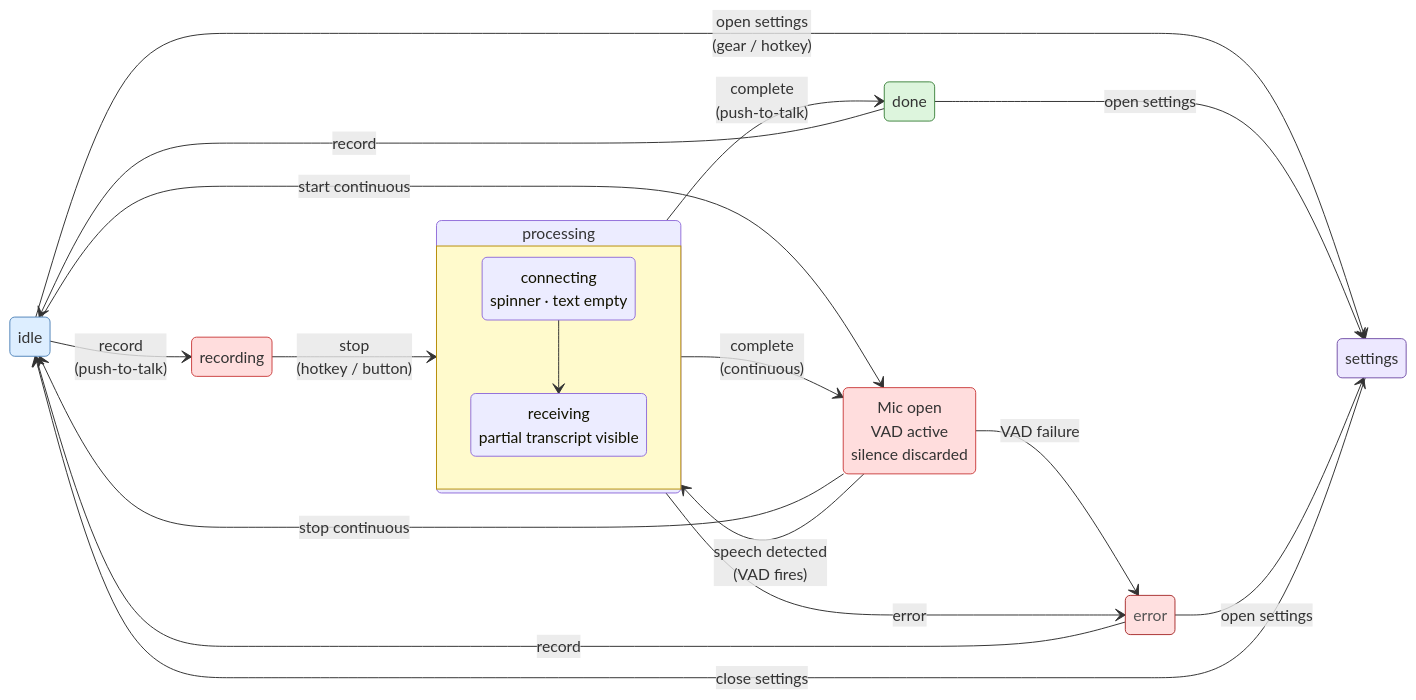
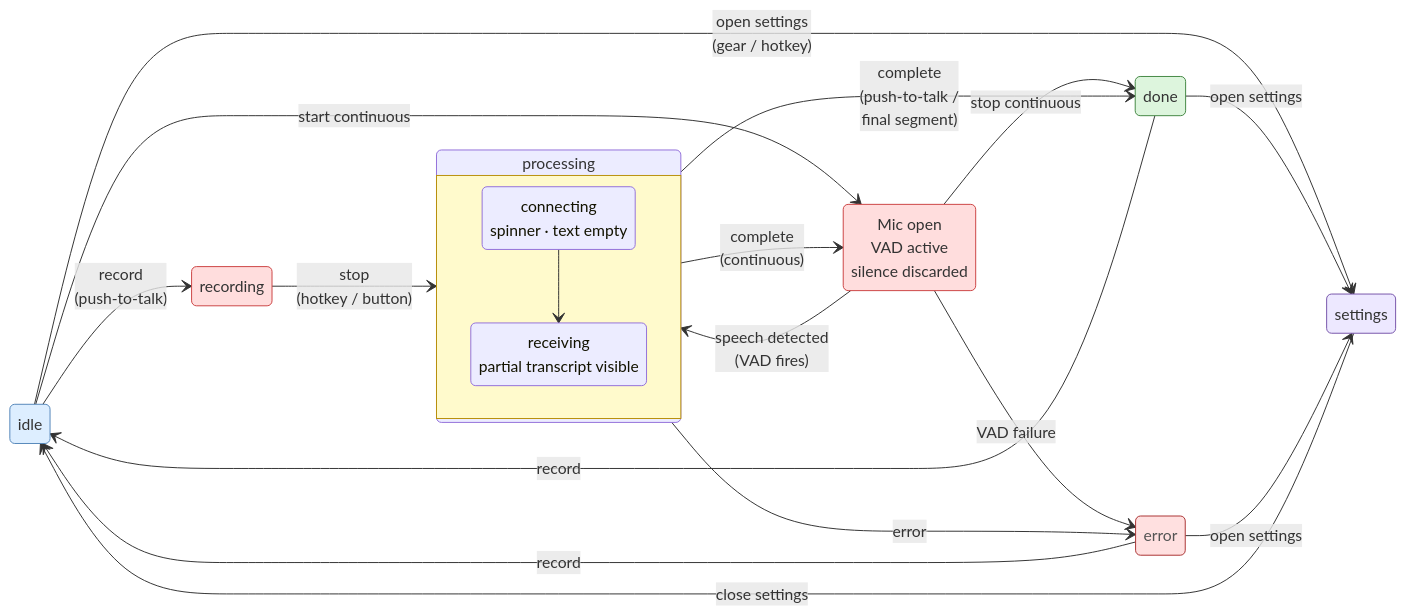
Before and after one commit to JohnYanez95/voice-scribe: the diagram in docs/diagrams/state-machine.mmd, drawn with Mermaid. The commit also changed 1 other file, not shown here.

Commit message:
Fix state machine: listening → done on explicit stop
Per PM review: explicit stop in continuous mode must reach done (to
preserve the copy moment), not idle. Also updates processing → done
label to reflect it now serves both push-to-talk and final-segment
drain paths. Re-rendered PNG.

```diff
--- a/docs/diagrams/state-machine.mmd
+++ b/docs/diagrams/state-machine.mmd
@@ -1,46 +1,46 @@
 stateDiagram-v2
     direction LR
 
     classDef idleClass    fill:#ddeeff,stroke:#5588bb,color:#333
     classDef activeClass  fill:#ffdddd,stroke:#cc4444,color:#333
     classDef inflightClass fill:#fffacc,stroke:#b8900a,color:#333
     classDef successClass fill:#ddf5dd,stroke:#448844,color:#333
     classDef failureClass fill:#ffe0e0,stroke:#aa3333,color:#555
     classDef uiClass      fill:#ede8ff,stroke:#7755aa,color:#333
 
     idle --> recording : record<br/>(push-to-talk)
     idle --> listening : start continuous
 
     recording --> processing : stop<br/>(hotkey / button)
 
     listening : Mic open<br/>VAD active<br/>silence discarded
     listening --> processing : speech detected<br/>(VAD fires)
-    listening --> idle : stop continuous
+    listening --> done : stop continuous
     listening --> error : VAD failure
 
     state processing {
         direction TB
         connecting : connecting<br/>spinner · text empty
         receiving : receiving<br/>partial transcript visible
         connecting --> receiving
     }
 
-    processing --> done : complete<br/>(push-to-talk)
+    processing --> done : complete<br/>(push-to-talk /<br/>final segment)
     processing --> listening : complete<br/>(continuous)
     processing --> error : error
 
     done --> idle : record
     error --> idle : record
 
     idle --> settings : open settings<br/>(gear / hotkey)
     done --> settings : open settings
     error --> settings : open settings
     settings --> idle : close settings
 
     class idle idleClass
     class recording activeClass
     class listening activeClass
     class processing inflightClass
     class done successClass
     class error failureClass
     class settings uiClass
```
